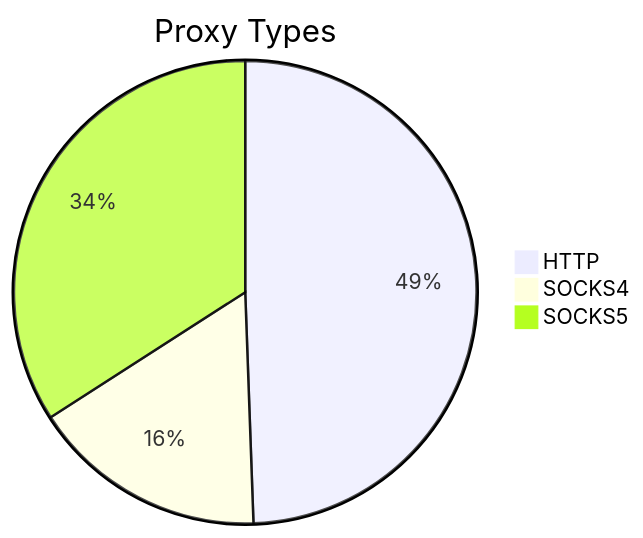
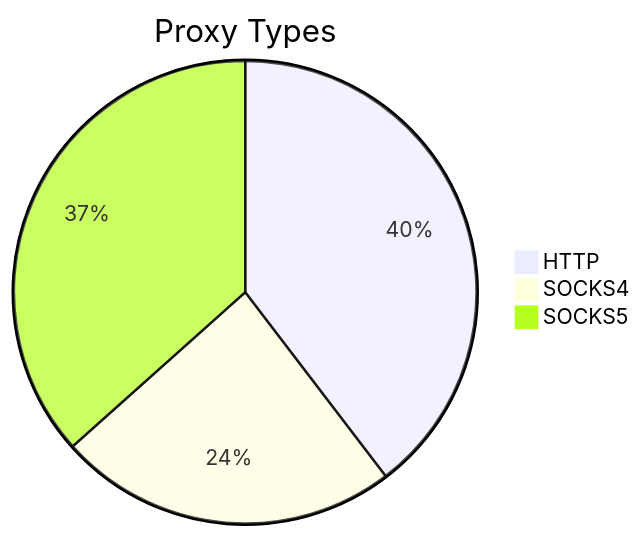
Before and after one commit to stormsia/proxy-list: the first of 2 diagrams in README.md, drawn with Mermaid. The commit also changed other lines of this file, not shown here.

````diff
--- a/README.md
+++ b/README.md
@@ -21,6 +21,6 @@
 ```mermaid
 pie title Proxy Types
-    "HTTP" : 87
-    "SOCKS4" : 29
-    "SOCKS5" : 60
+    "HTTP" : 105
+    "SOCKS4" : 63
+    "SOCKS5" : 97
 ```
````
